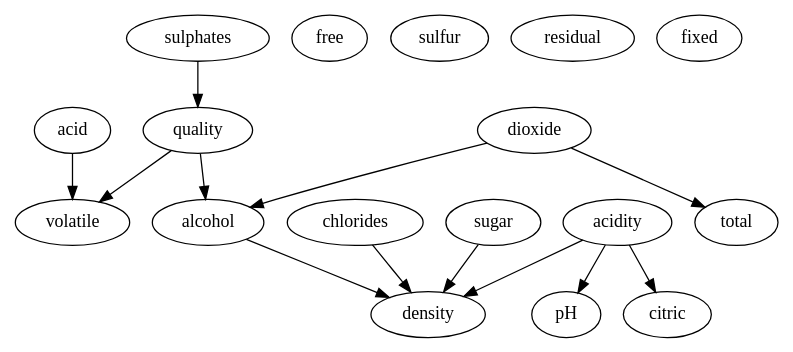
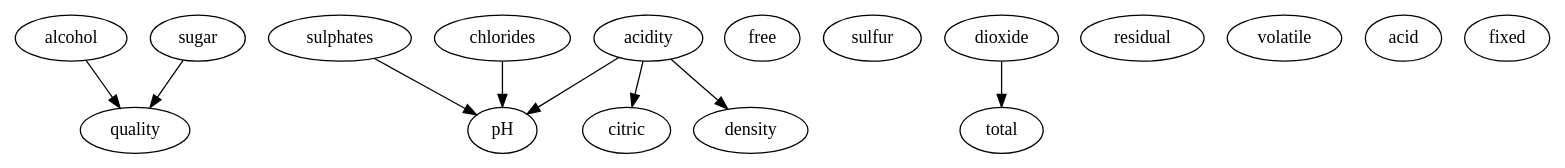
The diagram in wine/results/dag.dot (MLasserre/otagrum-experiments), drawn with Graphviz before and after one commit. The commit also changed 5 other files, not shown here.

```diff
--- a/wine/results/dag.dot
+++ b/wine/results/dag.dot
@@ -1,17 +1,15 @@
 digraph {
-    sulphates->quality
-    quality->volatile acidity
-    quality->alcohol
+    alcohol->quality
+    sulphates->pH
     free sulfur dioxide->total sulfur dioxide
-    total sulfur dioxide->alcohol
-    alcohol->density
-    chlorides->density
-    residual sugar->density
+    total sulfur dioxide
+    chlorides->pH
+    residual sugar->quality
+    quality
+    volatile acidity->citric acid
+    citric acid
     fixed acidity->pH
     fixed acidity->density
-    fixed acidity->citric acid
-    citric acid->volatile acidity
-    volatile acidity
     density
     pH
 }
```
